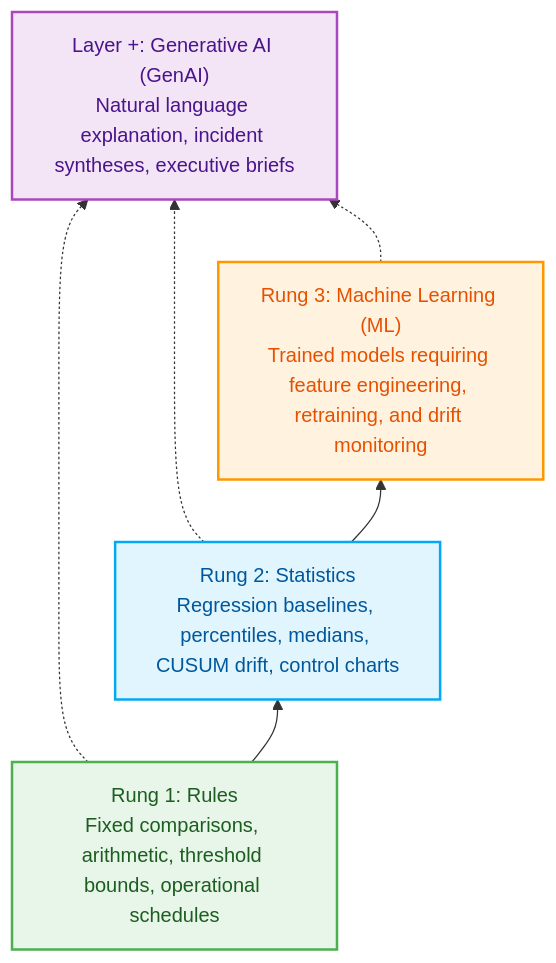
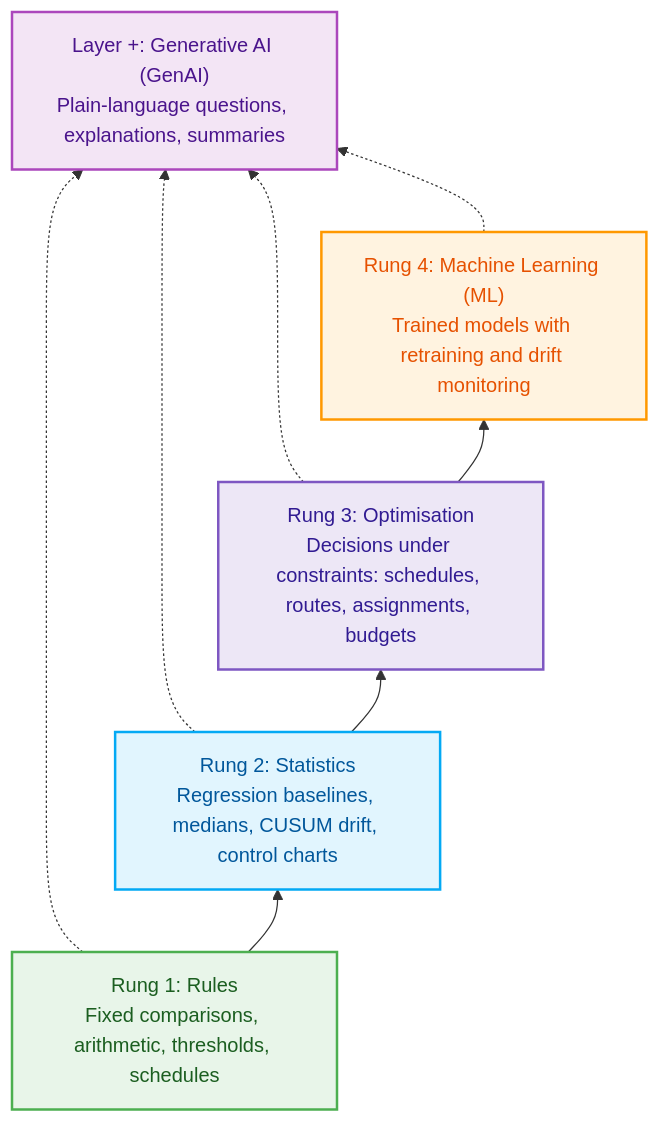
The second of 2 diagrams in README.md (flamewithcodeossoss/pointproof), drawn with Mermaid before and after one commit. The commit also changed other lines of this file and 60 other files, not shown here.

First line of the commit message:
PointProof v0.2.0: any data source, any domain, optimisation rung, studio

````diff
--- a/README.md
+++ b/README.md
@@ -157,23 +156,28 @@
 ```mermaid
 graph BT
-    R1["Rung 1: Rules<br/>Fixed comparisons, arithmetic, threshold bounds, operational schedules"]
-    R2["Rung 2: Statistics<br/>Regression baselines, percentiles, medians, CUSUM drift, control charts"]
-    R3["Rung 3: Machine Learning (ML)<br/>Trained models requiring feature engineering, retraining, and drift monitoring"]
-    GenAI["Layer +: Generative AI (GenAI)<br/>Natural language explanation, incident syntheses, executive briefs"]
+    R1["Rung 1: Rules<br/>Fixed comparisons, arithmetic, thresholds, schedules"]
+    R2["Rung 2: Statistics<br/>Regression baselines, medians, CUSUM drift, control charts"]
+    R3["Rung 3: Optimisation<br/>Decisions under constraints: schedules, routes, assignments, budgets"]
+    R4["Rung 4: Machine Learning (ML)<br/>Trained models with retraining and drift monitoring"]
+    GenAI["Layer +: Generative AI (GenAI)<br/>Plain-language questions, explanations, summaries"]
 
     R1 --> R2
     R2 --> R3
+    R3 --> R4
     R1 -.-> GenAI
     R2 -.-> GenAI
     R3 -.-> GenAI
+    R4 -.-> GenAI
 
     classDef rung1 fill:#E8F5E9,stroke:#4CAF50,stroke-width:2px,color:#1B5E20;
     classDef rung2 fill:#E1F5FE,stroke:#03A9F4,stroke-width:2px,color:#01579B;
-    classDef rung3 fill:#FFF3E0,stroke:#FF9800,stroke-width:2px,color:#E65100;
+    classDef rung3 fill:#EDE7F6,stroke:#7E57C2,stroke-width:2px,color:#311B92;
+    classDef rung4 fill:#FFF3E0,stroke:#FF9800,stroke-width:2px,color:#E65100;
     classDef genai fill:#F3E5F5,stroke:#AB47BC,stroke-width:2px,color:#4A148C;
 
     class R1 rung1;
     class R2 rung2;
     class R3 rung3;
+    class R4 rung4;
     class GenAI genai;
 ```
````
